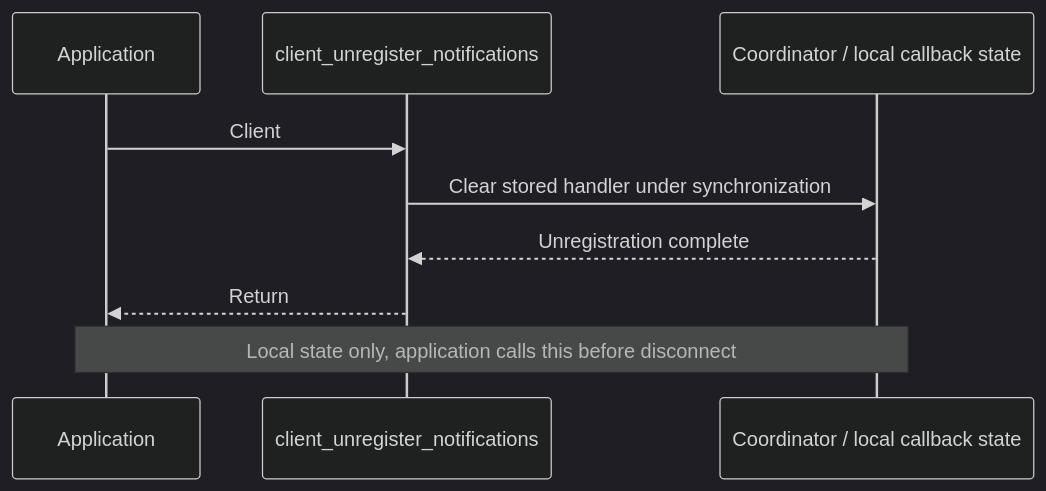
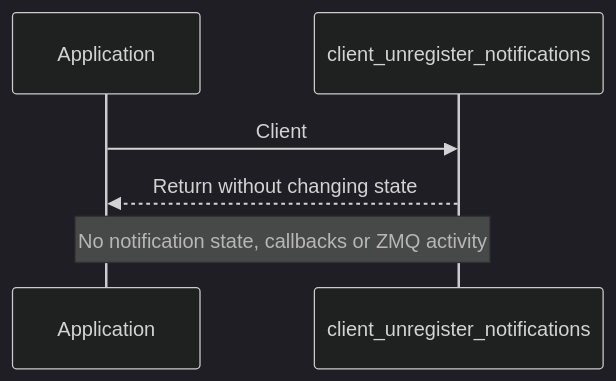
Diagram 13 of 29 in doc/EyilSecureGateway.md (rdkcentral/eyil-secure-gateway), drawn with Mermaid (dark theme) before and after one commit. The commit also changed other lines of this file, not shown here.

Commit message:
RDKEMW-27976: Doc update: Notification not supported for now

````diff
--- a/doc/EyilSecureGateway.md
+++ b/doc/EyilSecureGateway.md
@@ -1637,11 +1615,8 @@
 ```mermaid
 sequenceDiagram
     participant A as Application
     participant API as client_unregister_notifications
-    participant C as Coordinator / local callback state
     A->>API: Client
-    API->>C: Clear stored handler under synchronization
-    C-->>API: Unregistration complete
-    API-->>A: Return
-    Note over A,C: Local state only, application calls this before disconnect
+    API-->>A: Return without changing state
+    Note over A,API: No notification state, callbacks or ZMQ activity
 ```
````
